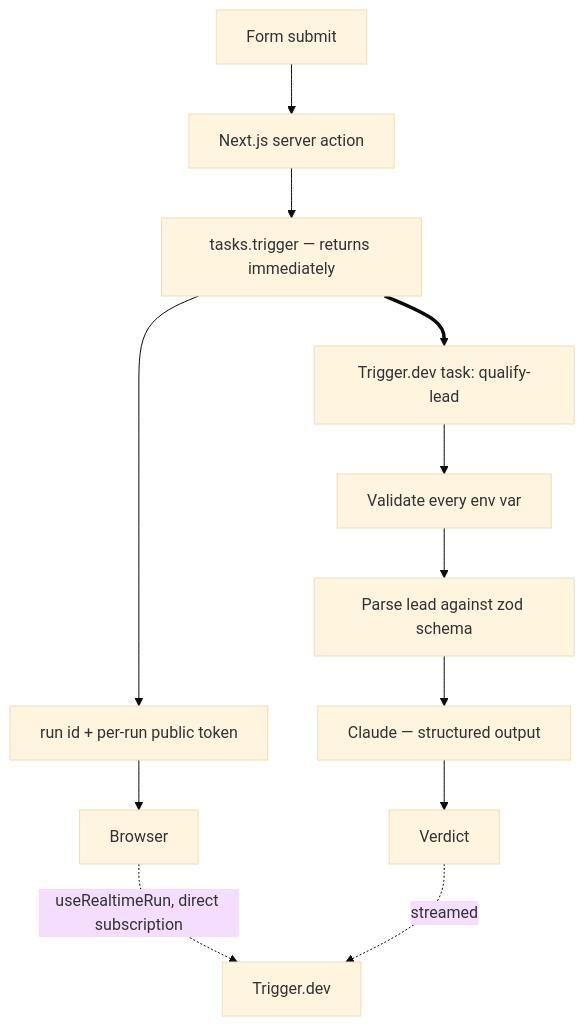
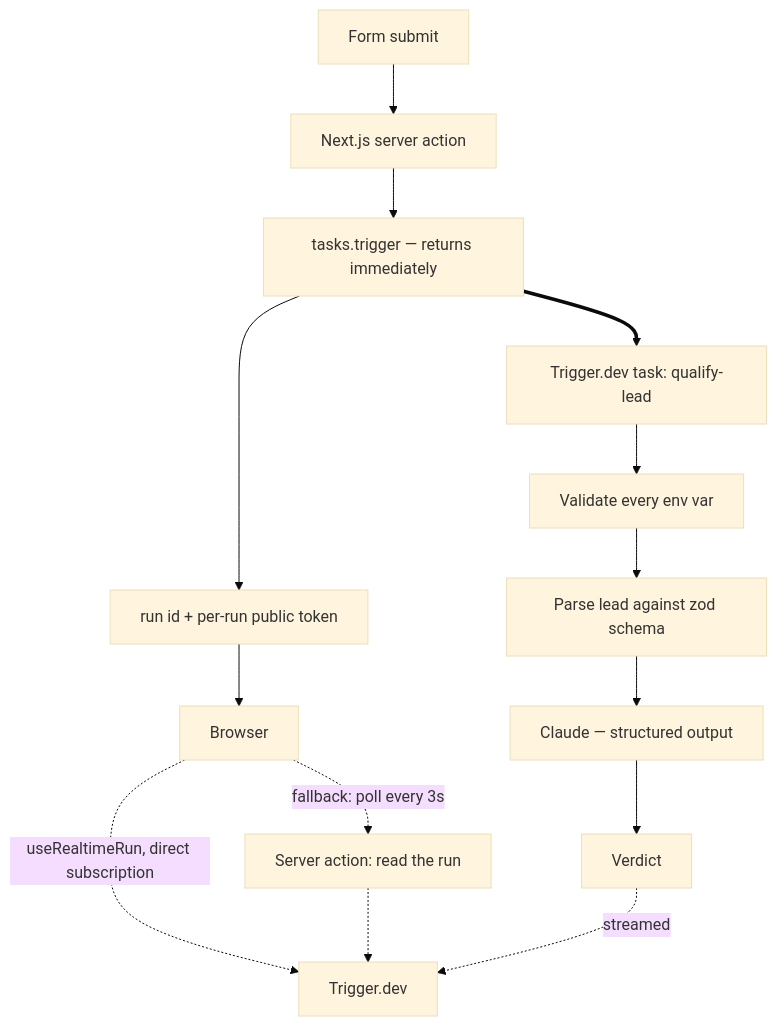
Before and after one commit to ButlerConnectAI/lead_qualifier: the diagram in README.md, drawn with Mermaid (base theme).

Commit message:
Show the fallback route in the architecture diagram
The diagram still showed the subscription as the only way the verdict reaches the browser, which stopped being true in f0d72f1.

````diff
--- a/README.md
+++ b/README.md
@@ -37,14 +37,16 @@
 ```mermaid
 flowchart TD
     A[Form submit] --> B[Next.js server action]
     B --> C[tasks.trigger — returns immediately]
     C --> D[run id + per-run public token]
     D --> E[Browser]
     E -.->|useRealtimeRun, direct subscription| F[Trigger.dev]
+    E -.->|fallback: poll every 3s| L[Server action: read the run]
+    L -.-> F
     C ==> G[Trigger.dev task: qualify-lead]
     G --> H[Validate every env var]
     H --> I[Parse lead against zod schema]
     I --> J[Claude — structured output]
     J --> K[Verdict]
     K -.->|streamed| F
 ```
````
